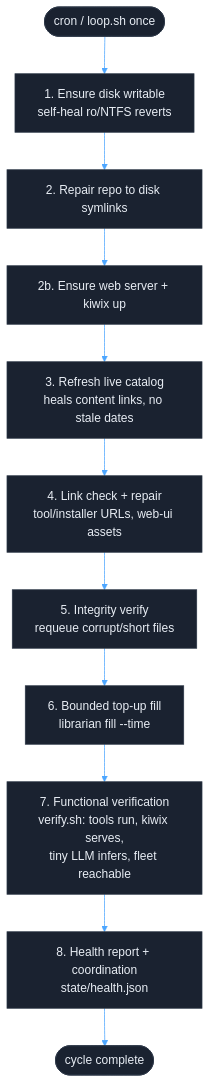
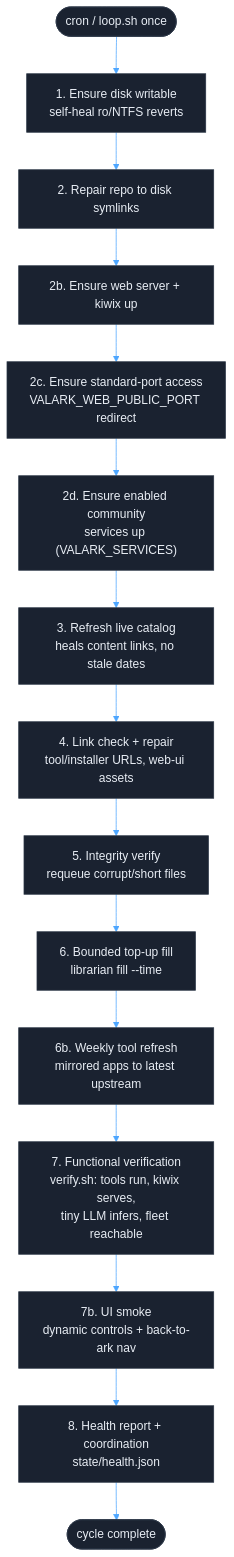
The third of 6 diagrams in docs/ARCHITECTURE.md (mvalancy/val-ark), drawn with Mermaid before and after one commit. The commit also changed other lines of this file and 12 other files, not shown here.

````diff
--- a/docs/ARCHITECTURE.md
+++ b/docs/ARCHITECTURE.md
@@ -159,21 +163,25 @@
 ```mermaid
 %%{init: {'theme': 'base', 'themeVariables': {
   'primaryColor': '#1a2230',
   'primaryBorderColor': '#2a3545',
   'primaryTextColor': '#e8edf4',
   'lineColor': '#4da6ff',
   'secondaryColor': '#131921',
   'tertiaryColor': '#0a0e14'
 }}}%%
 flowchart TD
     CRON([cron / loop.sh once]) --> WRITE["1. Ensure disk writable<br/>self-heal ro/NTFS reverts"]
     WRITE --> LAYOUT["2. Repair repo to disk symlinks"]
     LAYOUT --> WEB["2b. Ensure web server + kiwix up"]
-    WEB --> REFRESH["3. Refresh live catalog<br/>heals content links, no stale dates"]
+    WEB --> PUB["2c. Ensure standard-port access<br/>VALARK_WEB_PUBLIC_PORT redirect"]
+    PUB --> SVCS["2d. Ensure enabled community<br/>services up (VALARK_SERVICES)"]
+    SVCS --> REFRESH["3. Refresh live catalog<br/>heals content links, no stale dates"]
     REFRESH --> LINK["4. Link check + repair<br/>tool/installer URLs, web-ui assets"]
     LINK --> INTEG["5. Integrity verify<br/>requeue corrupt/short files"]
     INTEG --> FILL["6. Bounded top-up fill<br/>librarian fill --time"]
-    FILL --> FUNC["7. Functional verification<br/>verify.sh: tools run, kiwix serves,<br/>tiny LLM infers, fleet reachable"]
-    FUNC --> REPORT["8. Health report + coordination<br/>state/health.json"]
+    FILL --> TOOLREF["6b. Weekly tool refresh<br/>mirrored apps to latest upstream"]
+    TOOLREF --> FUNC["7. Functional verification<br/>verify.sh: tools run, kiwix serves,<br/>tiny LLM infers, fleet reachable"]
+    FUNC --> UISMOKE["7b. UI smoke<br/>dynamic controls + back-to-ark nav"]
+    UISMOKE --> REPORT["8. Health report + coordination<br/>state/health.json"]
     REPORT --> DONE([cycle complete])
 ```
````
